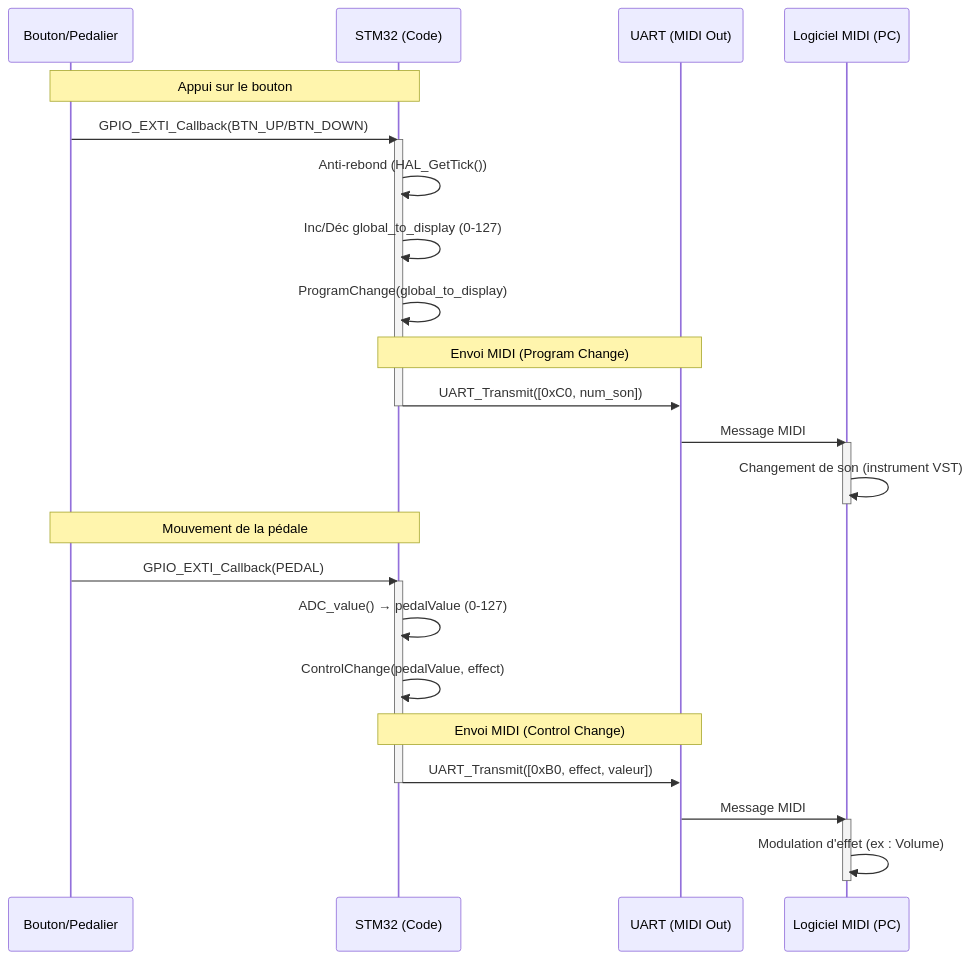
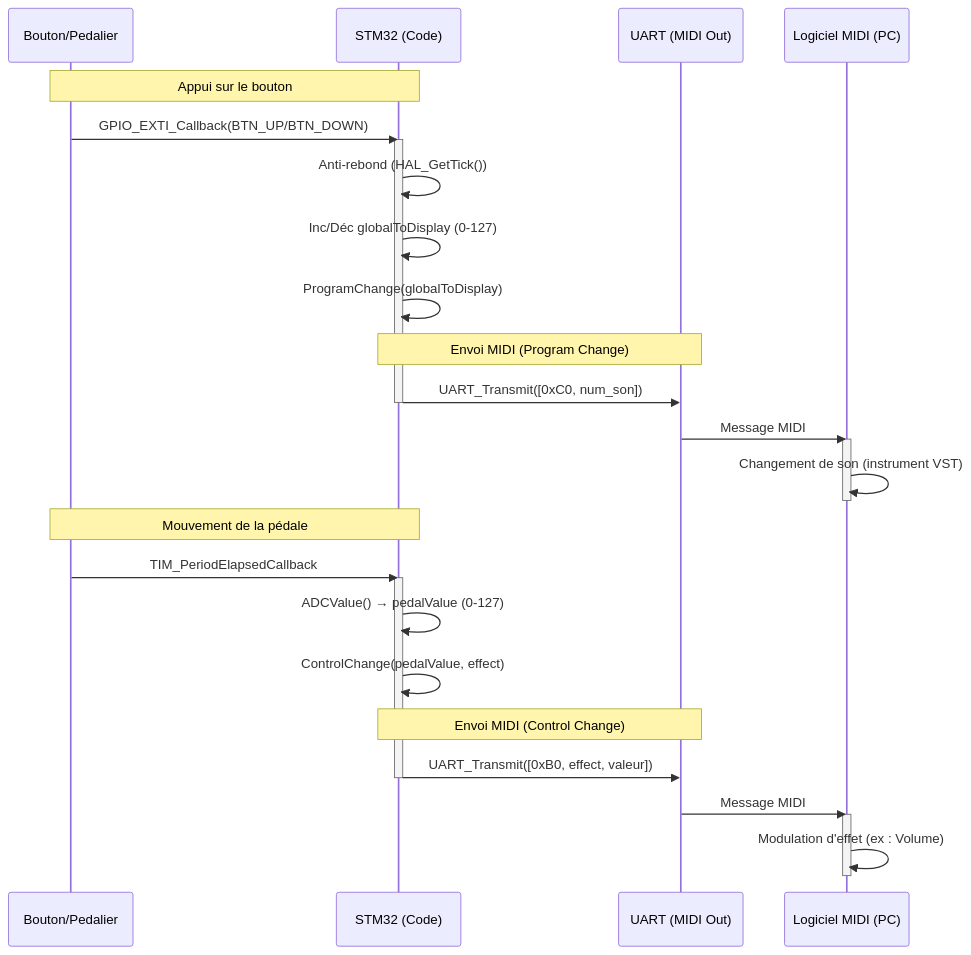
The third of 3 diagrams in README.md (alexj0i/2425_projet1a_pedale_midi), drawn with Mermaid before and after one commit. The commit also changed other lines of this file and 1 other file, not shown here.

````diff
--- a/README.md
+++ b/README.md
@@ -528,39 +531,39 @@
 ```mermaid
 sequenceDiagram
     participant Bouton as Bouton/Pedalier
     participant STM32 as STM32 (Code)
     participant UART as UART (MIDI Out)
     participant PC as Logiciel MIDI (PC)
 
     Note over Bouton,STM32: Appui sur le bouton
     Bouton->>STM32: GPIO_EXTI_Callback(BTN_UP/BTN_DOWN)
     activate STM32
 
     STM32->>STM32: Anti-rebond (HAL_GetTick())
-    STM32->>STM32: Inc/Déc global_to_display (0-127)
-    STM32->>STM32: ProgramChange(global_to_display)
+    STM32->>STM32: Inc/Déc globalToDisplay (0-127)
+    STM32->>STM32: ProgramChange(globalToDisplay)
 
     Note over STM32,UART: Envoi MIDI (Program Change)
     STM32->>UART: UART_Transmit([0xC0, num_son])
     deactivate STM32
 
     UART->>PC: Message MIDI 
     activate PC
     PC->>PC: Changement de son (instrument VST)
     deactivate PC
 
     Note over Bouton,STM32: Mouvement de la pédale
-    Bouton->>STM32: GPIO_EXTI_Callback(PEDAL)
+    Bouton->>STM32: TIM_PeriodElapsedCallback
     activate STM32
-    STM32->>STM32: ADC_value() → pedalValue (0-127)
+    STM32->>STM32: ADCValue() → pedalValue (0-127)
     STM32->>STM32: ControlChange(pedalValue, effect)
 
     Note over STM32,UART: Envoi MIDI (Control Change)
     STM32->>UART: UART_Transmit([0xB0, effect, valeur])
     deactivate STM32
 
     UART->>PC: Message MIDI 
     activate PC
     PC->>PC: Modulation d'effet (ex : Volume)
     deactivate PC
 ```
````
